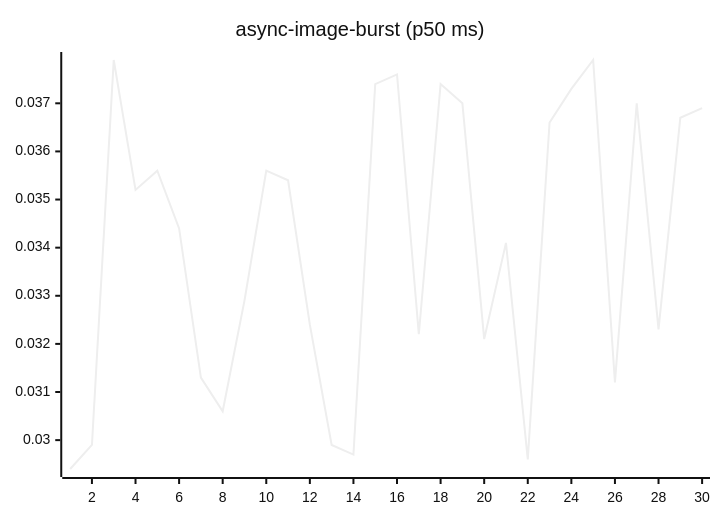
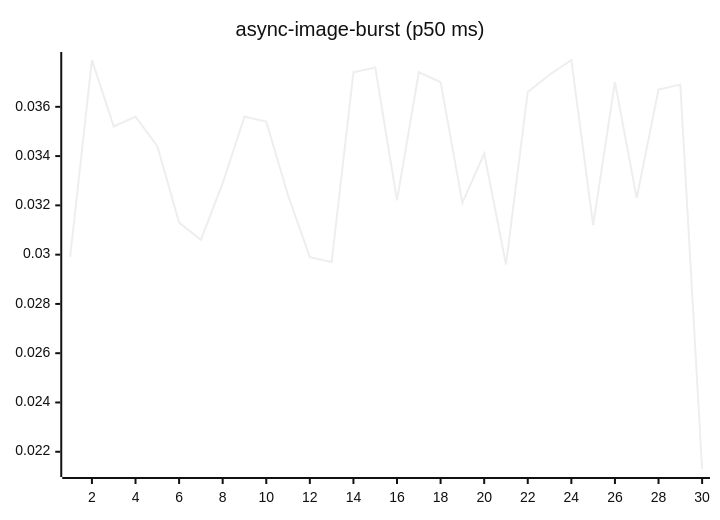
One commit to josha/Facet changed the fourth of 27 diagrams in README.md. Above: the diagram before and after it, drawn with Mermaid (neutral theme). The commit also changed other lines of this file and 2 other files, not shown here.

````diff
--- a/README.md
+++ b/README.md
@@ -84,6 +84,6 @@
 ```mermaid
 xychart-beta
     title "async-image-burst (p50 ms)"
     x-axis 1 --> 30
-    line [0.0294, 0.0299, 0.0379, 0.0352, 0.0356, 0.0344, 0.0313, 0.0306, 0.0329, 0.0356, 0.0354, 0.0324, 0.0299, 0.0297, 0.0374, 0.0376, 0.0322, 0.0374, 0.0370, 0.0321, 0.0341, 0.0296, 0.0366, 0.0373, 0.0379, 0.0312, 0.0370, 0.0323, 0.0367, 0.0369]
+    line [0.0299, 0.0379, 0.0352, 0.0356, 0.0344, 0.0313, 0.0306, 0.0329, 0.0356, 0.0354, 0.0324, 0.0299, 0.0297, 0.0374, 0.0376, 0.0322, 0.0374, 0.0370, 0.0321, 0.0341, 0.0296, 0.0366, 0.0373, 0.0379, 0.0312, 0.0370, 0.0323, 0.0367, 0.0369, 0.0213]
 ```
````
